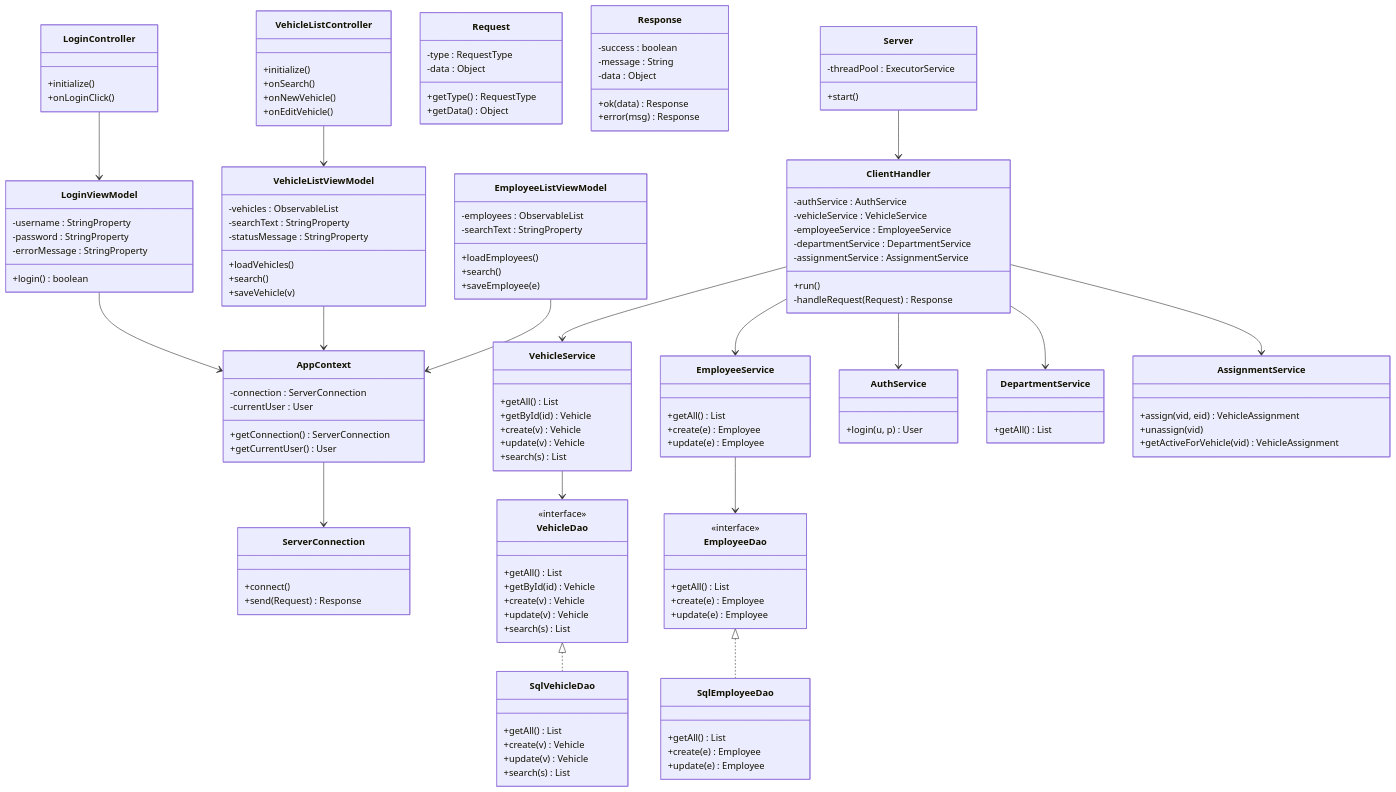
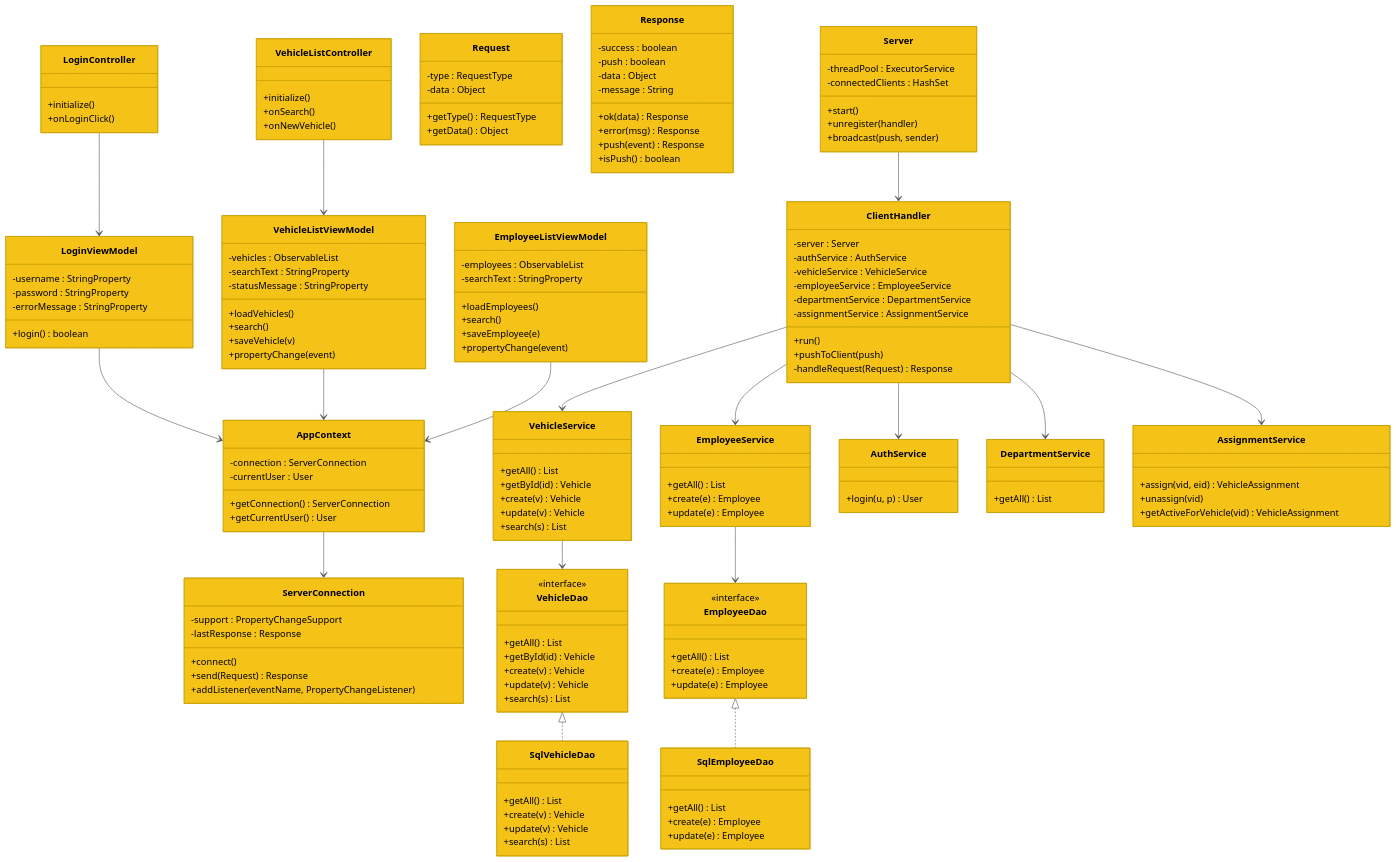
The diagram in diagrams/class_diagram.md (JenosanJudes/FleetManager_SEP2), drawn with Mermaid before and after one commit. The commit also changed 6 other files, not shown here.

````diff
--- a/diagrams/class_diagram.md
+++ b/diagrams/class_diagram.md
@@ -5,4 +5,5 @@
 ```mermaid
+%%{init: {'theme': 'base', 'themeVariables': {'primaryColor': '#f5c218', 'primaryTextColor': '#000', 'primaryBorderColor': '#c8a000', 'lineColor': '#555', 'secondaryColor': '#fffde7', 'tertiaryColor': '#fff9e6'}}}%%
 classDiagram
     direction TB
 
@@ -21,7 +22,6 @@
         +initialize()
         +onSearch()
         +onNewVehicle()
-        +onEditVehicle()
     }
     class VehicleListViewModel {
         -vehicles : ObservableList
@@ -30,6 +30,7 @@
         +loadVehicles()
         +search()
         +saveVehicle(v)
+        +propertyChange(event)
     }
     class EmployeeListViewModel {
         -employees : ObservableList
@@ -37,10 +38,14 @@
         +loadEmployees()
         +search()
         +saveEmployee(e)
+        +propertyChange(event)
     }
     class ServerConnection {
+        -support : PropertyChangeSupport
+        -lastResponse : Response
         +connect()
         +send(Request) Response
+        +addListener(eventName, PropertyChangeListener)
     }
     class AppContext {
         -connection : ServerConnection
@@ -58,24 +63,32 @@
     }
     class Response {
         -success : boolean
+        -push : boolean
+        -data : Object
         -message : String
-        -data : Object
         +ok(data) Response
         +error(msg) Response
+        +push(event) Response
+        +isPush() boolean
     }
 
     %% ── SERVER ──────────────────────────────────
     class Server {
         -threadPool : ExecutorService
+        -connectedClients : HashSet
         +start()
+        +unregister(handler)
+        +broadcast(push, sender)
     }
     class ClientHandler {
+        -server : Server
         -authService : AuthService
         -vehicleService : VehicleService
         -employeeService : EmployeeService
         -departmentService : DepartmentService
         -assignmentService : AssignmentService
         +run()
+        +pushToClient(push)
         -handleRequest(Request) Response
     }
     class VehicleService {
````
